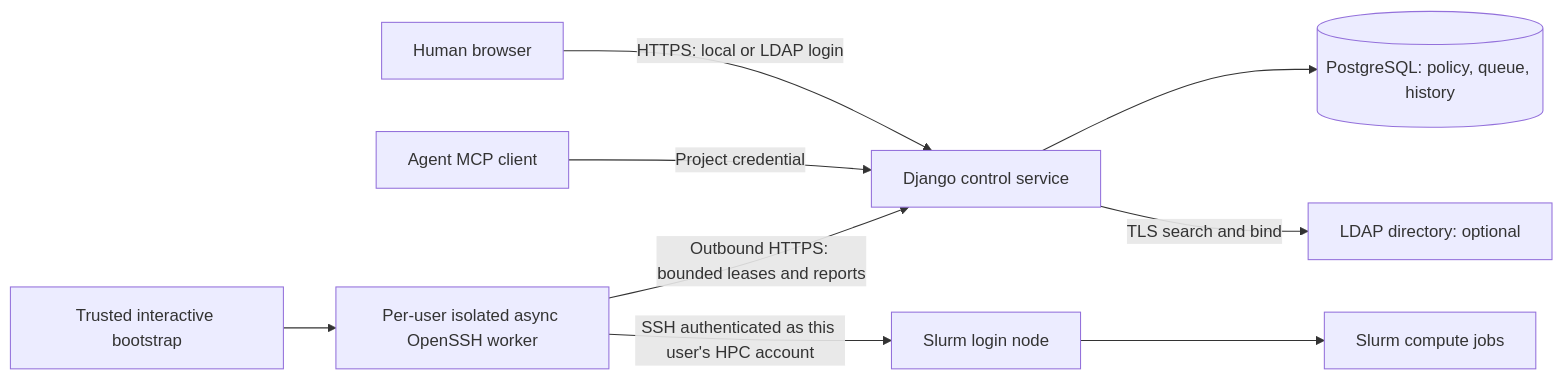
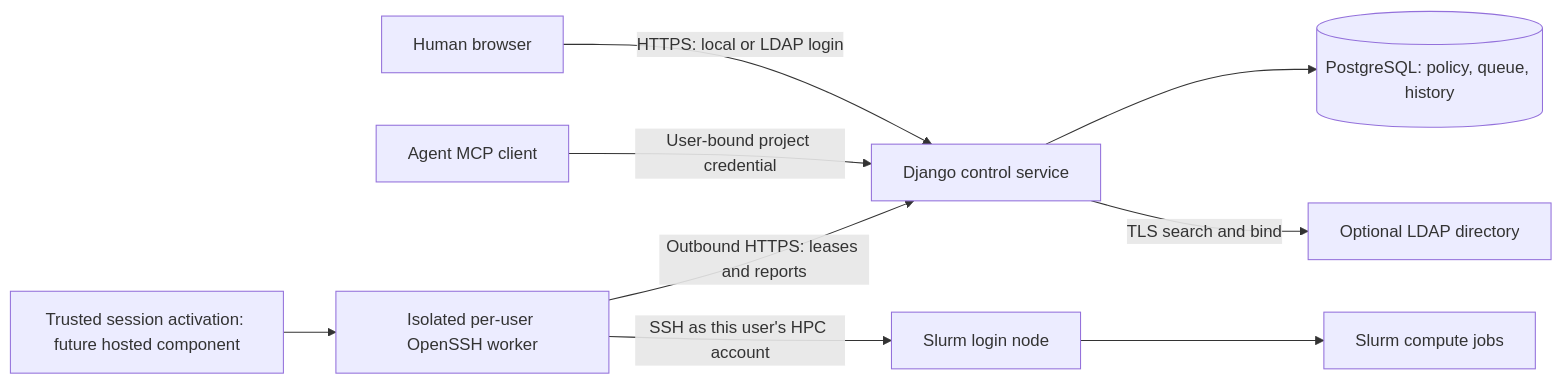
The diagram in docs/hosted-architecture.md (schmitfe/compute-relay), drawn with Mermaid before and after one commit. The commit also changed other lines of this file and 4 other files, not shown here.

````diff
--- a/docs/hosted-architecture.md
+++ b/docs/hosted-architecture.md
@@ -20,11 +28,11 @@
 ```mermaid
 flowchart LR
     H[Human browser] -->|HTTPS: local or LDAP login| C[Django control service]
-    A[Agent MCP client] -->|Project credential| C
+    A[Agent MCP client] -->|User-bound project credential| C
     C --> P[(PostgreSQL: policy, queue, history)]
-    C -->|TLS search and bind| L[LDAP directory: optional]
-    W[Per-user isolated async OpenSSH worker] -->|Outbound HTTPS: bounded leases and reports| C
-    W -->|SSH authenticated as this user's HPC account| S[Slurm login node]
+    C -->|TLS search and bind| L[Optional LDAP directory]
+    W[Isolated per-user OpenSSH worker] -->|Outbound HTTPS: leases and reports| C
+    W -->|SSH as this user's HPC account| S[Slurm login node]
     S --> J[Slurm compute jobs]
-    B[Trusted interactive bootstrap] --> W
+    B[Trusted session activation: future hosted component] --> W
 ```
````
